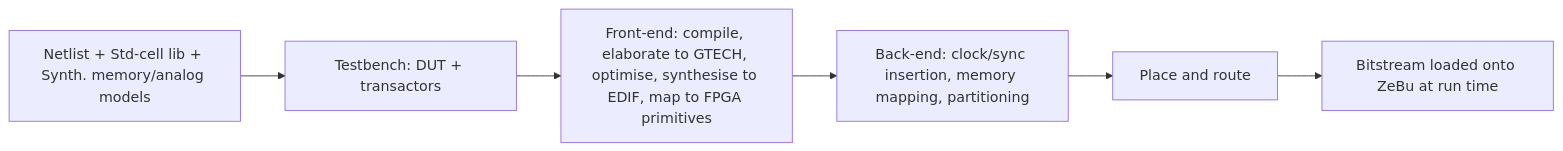
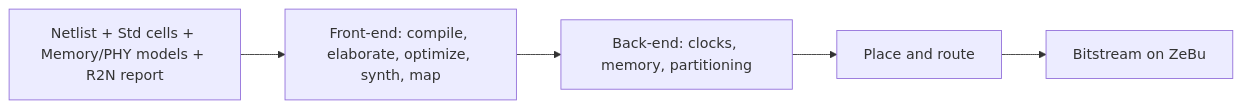
One commit to nemo99007/yt-paper changed the diagram in docs/papers/ref-20261018-22ca-netlist-enabled-emulation-platform-for-accelerated-gate-leve.md. Above: the diagram before and after it, drawn with Mermaid. The commit also changed other lines of this file and 172 other files, not shown here.

````diff
--- a/docs/papers/ref-20261018-22ca-netlist-enabled-emulation-platform-for-accelerated-gate-leve.md
+++ b/docs/papers/ref-20261018-22ca-netlist-enabled-emulation-platform-for-accelerated-gate-leve.md
@@ -185,8 +186,7 @@
 ```mermaid
 flowchart LR
-    A[Netlist + Std-cell lib + Synth. memory/analog models] --> B[Testbench: DUT + transactors]
-    B --> C[Front-end: compile, elaborate to GTECH, optimise, synthesise to EDIF, map to FPGA primitives]
-    C --> D[Back-end: clock/sync insertion, memory mapping, partitioning]
-    D --> E[Place and route]
-    E --> F[Bitstream loaded onto ZeBu at run time]
+  A[Netlist + Std cells + Memory/PHY models + R2N report] --> B[Front-end: compile, elaborate, optimize, synth, map]
+  B --> C[Back-end: clocks, memory, partitioning]
+  C --> D[Place and route]
+  D --> E[Bitstream on ZeBu]
 ```
````
